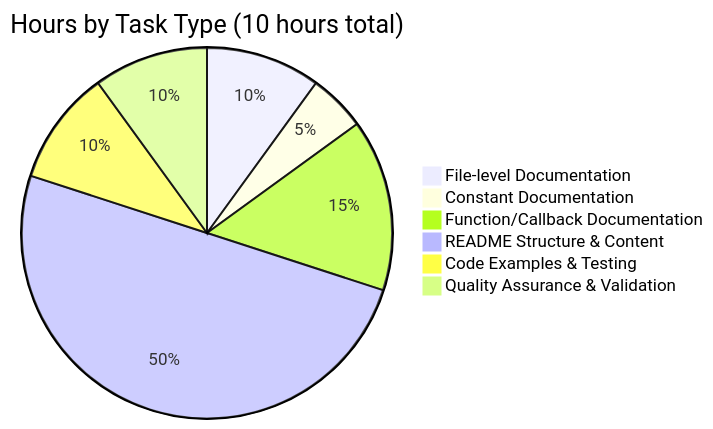
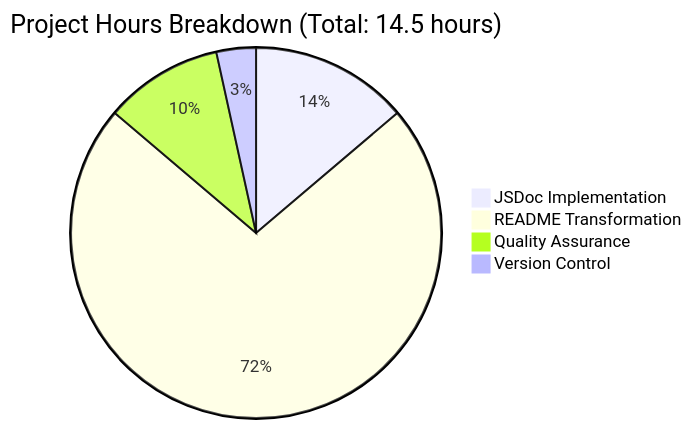
Before and after one commit to lakshya-blitzy/meta-app: the diagram in blitzy/documentation/Project Guide.md, drawn with Mermaid. The commit also changed other lines of this file, not shown here.

Commit message:
Adding Blitzy Project Guide: Project Status and Human Tasks Remaining

````diff
--- a/blitzy/documentation/Project Guide.md
+++ b/blitzy/documentation/Project Guide.md
@@ -249,9 +123,7 @@
 ```mermaid
-pie title Hours by Task Type (10 hours total)
-    "File-level Documentation" : 1
-    "Constant Documentation" : 0.5
-    "Function/Callback Documentation" : 1.5
-    "README Structure & Content" : 5
-    "Code Examples & Testing" : 1
-    "Quality Assurance & Validation" : 1
+pie title Project Hours Breakdown (Total: 14.5 hours)
+    "JSDoc Implementation" : 2.0
+    "README Transformation" : 10.5
+    "Quality Assurance" : 1.5
+    "Version Control" : 0.5
 ```
````
